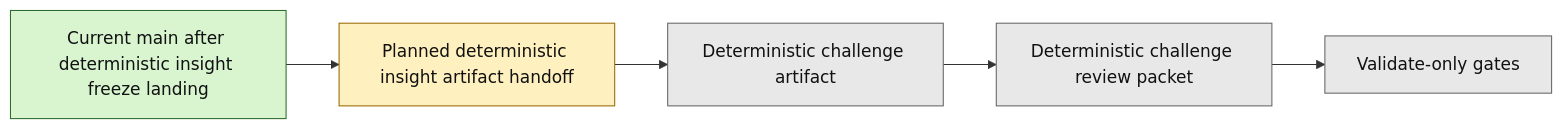
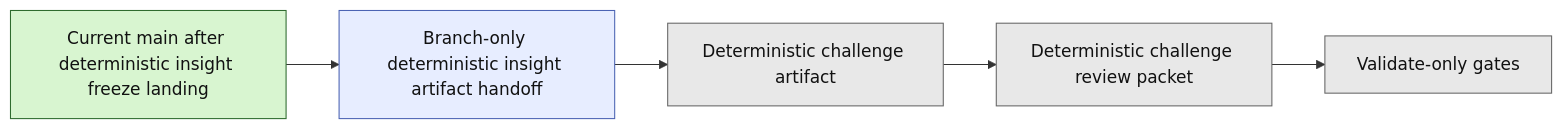
One commit to benjmcd/project6_REPO_MCP_FOLDER changed the second of 2 diagrams in next_milestone_plans/layer3_progress_board.md. Above: the diagram before and after it, drawn with Mermaid. The commit also changed other lines of this file and 11 other files, not shown here.

Commit message:
feat(layer3): add deterministic insight handoff slice

````diff
--- a/next_milestone_plans/layer3_progress_board.md
+++ b/next_milestone_plans/layer3_progress_board.md
@@ -143,15 +148,15 @@
 ```mermaid
 flowchart LR
-    A["Current main after deterministic insight freeze landing"] --> B["Planned deterministic insight artifact handoff"]
+    A["Current main after deterministic insight freeze landing"] --> B["Branch-only deterministic insight artifact handoff"]
     B --> C["Deterministic challenge artifact"]
     C --> D["Deterministic challenge review packet"]
     D --> E["Validate-only gates"]
 
     classDef done fill:#d8f5d0,stroke:#2f6b2f,color:#111;
-    classDef next fill:#fff1bf,stroke:#9a6b00,color:#111;
+    classDef branch fill:#e7edff,stroke:#4b63b3,color:#111;
     classDef future fill:#e8e8e8,stroke:#666,color:#111;
 
     class A done;
-    class B next;
+    class B branch;
     class C,D,E future;
 ```
````
